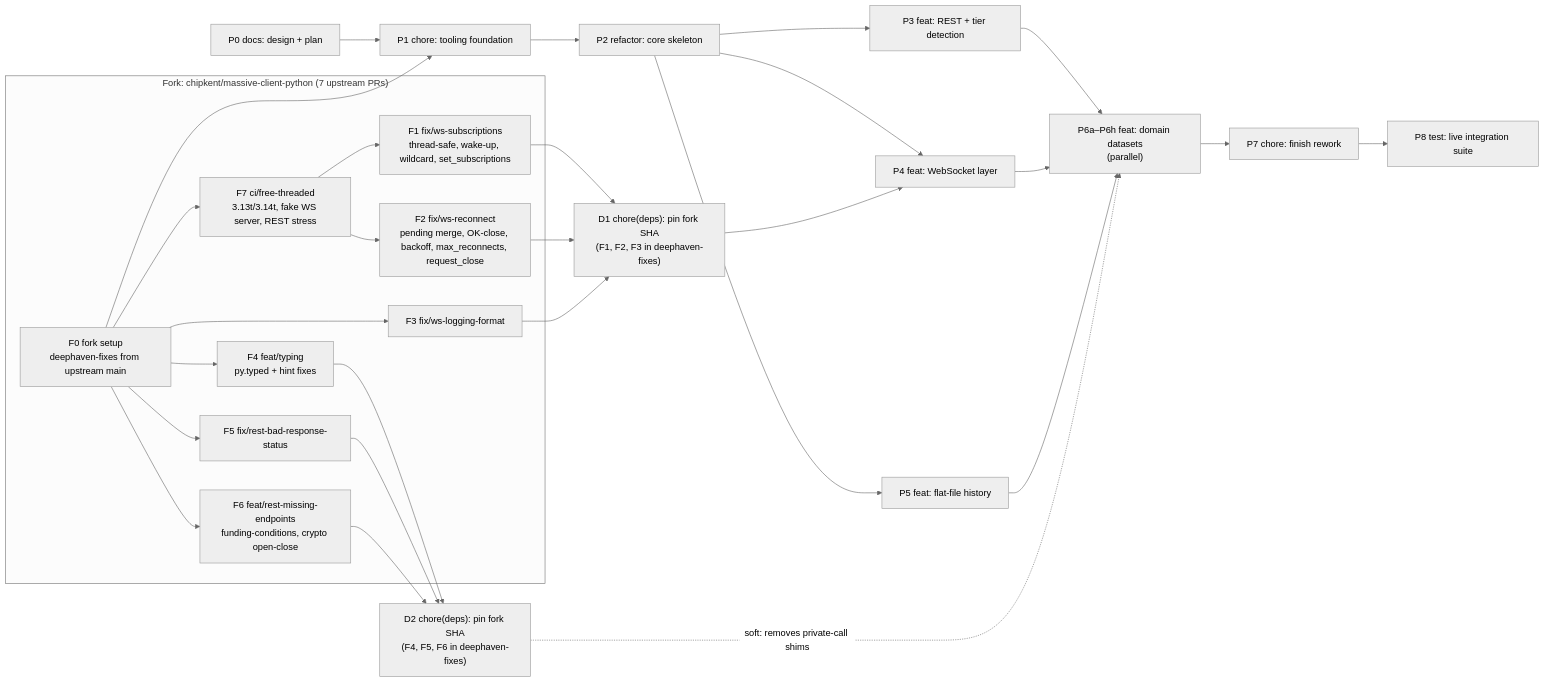
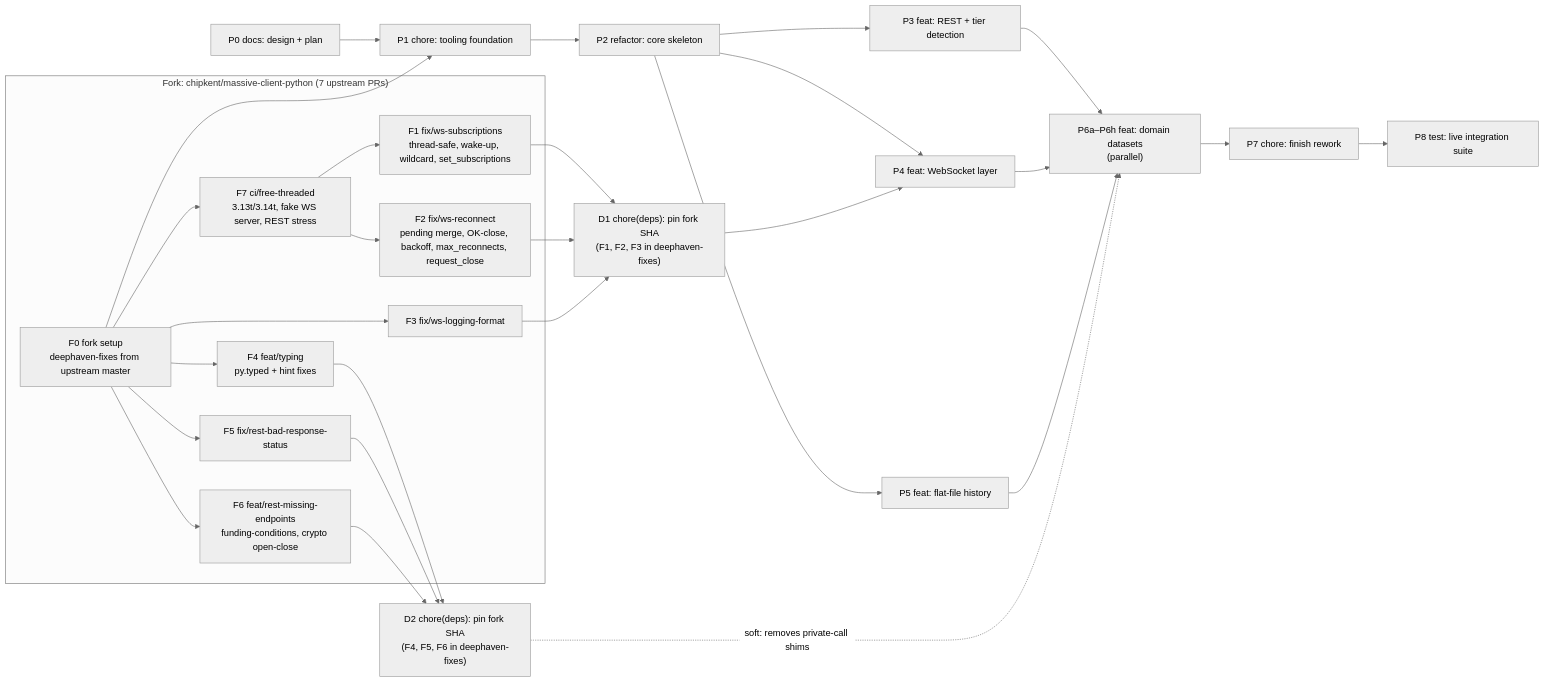
One commit to chipkent/deephaven-massive changed the diagram in plans/rework/PLAN.md. Above: the diagram before and after it, drawn with Mermaid (neutral theme). The commit also changed other lines of this file, not shown here.

````diff
--- a/plans/rework/PLAN.md
+++ b/plans/rework/PLAN.md
@@ -55,33 +55,33 @@
 ```mermaid
 flowchart LR
     subgraph fork["Fork: chipkent/massive-client-python (7 upstream PRs)"]
-        F0["F0 fork setup<br/>deephaven-fixes from upstream main"]
+        F0["F0 fork setup<br/>deephaven-fixes from upstream master"]
         F7["F7 ci/free-threaded<br/>3.13t/3.14t, fake WS server, REST stress"]
         F1["F1 fix/ws-subscriptions<br/>thread-safe, wake-up, wildcard, set_subscriptions"]
         F2["F2 fix/ws-reconnect<br/>pending merge, OK-close, backoff, max_reconnects, request_close"]
         F3["F3 fix/ws-logging-format"]
         F4["F4 feat/typing<br/>py.typed + hint fixes"]
         F5["F5 fix/rest-bad-response-status"]
         F6["F6 feat/rest-missing-endpoints<br/>funding-conditions, crypto open-close"]
         F0 --> F7
         F7 --> F1 & F2
         F0 --> F3 & F4 & F5 & F6
     end
 
     D1["D1 chore(deps): pin fork SHA<br/>(F1, F2, F3 in deephaven-fixes)"]
     D2["D2 chore(deps): pin fork SHA<br/>(F4, F5, F6 in deephaven-fixes)"]
     F1 & F2 & F3 --> D1
     F4 & F5 & F6 --> D2
 
     P0["P0 docs: design + plan"] --> P1["P1 chore: tooling foundation"]
     F0 --> P1
     P1 --> P2["P2 refactor: core skeleton"]
     P2 --> P3["P3 feat: REST + tier detection"]
     P2 --> P4["P4 feat: WebSocket layer"]
     P2 --> P5["P5 feat: flat-file history"]
     D1 --> P4
     P3 & P4 & P5 --> P6["P6a–P6h feat: domain datasets<br/>(parallel)"]
     D2 -. "soft: removes private-call shims" .-> P6
     P6 --> P7["P7 chore: finish rework"]
     P7 --> P8["P8 test: live integration suite"]
 ```
````
